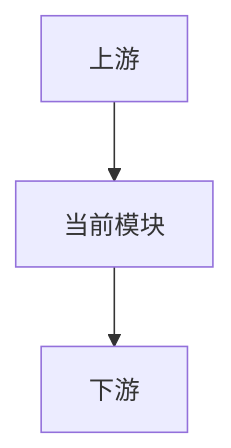
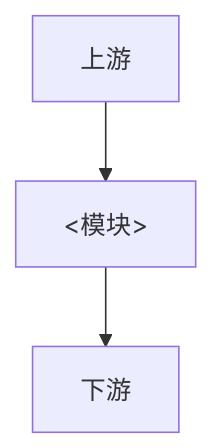
The diagram in skills/work-module-docs/assets/README.template.md (yiyang666/agent-skills), drawn with Mermaid before and after one commit. The commit also changed other lines of this file and 9 other files, not shown here.

````diff
--- a/skills/work-module-docs/assets/README.template.md
+++ b/skills/work-module-docs/assets/README.template.md
@@ -17,5 +9,5 @@
 ```mermaid
 flowchart TD
-    A[上游] --> B[当前模块]
+    A[上游] --> B[<模块>]
     B --> C[下游]
 ```
````
